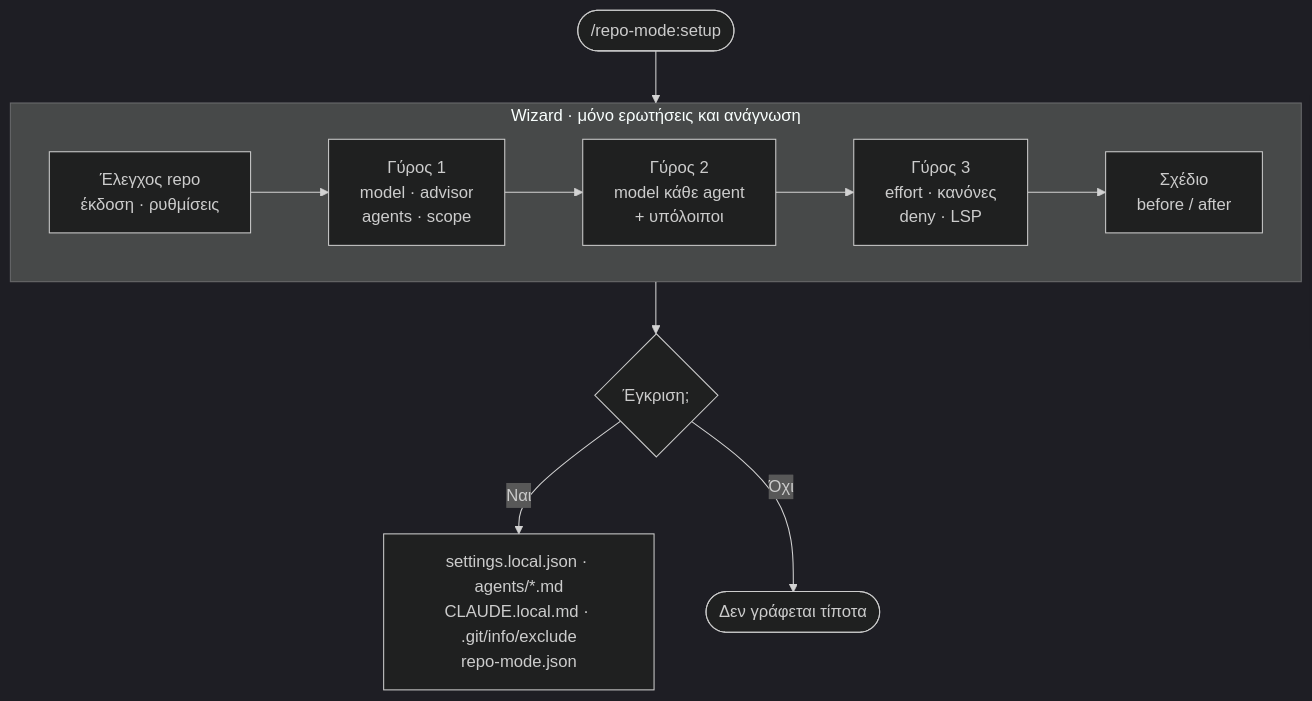
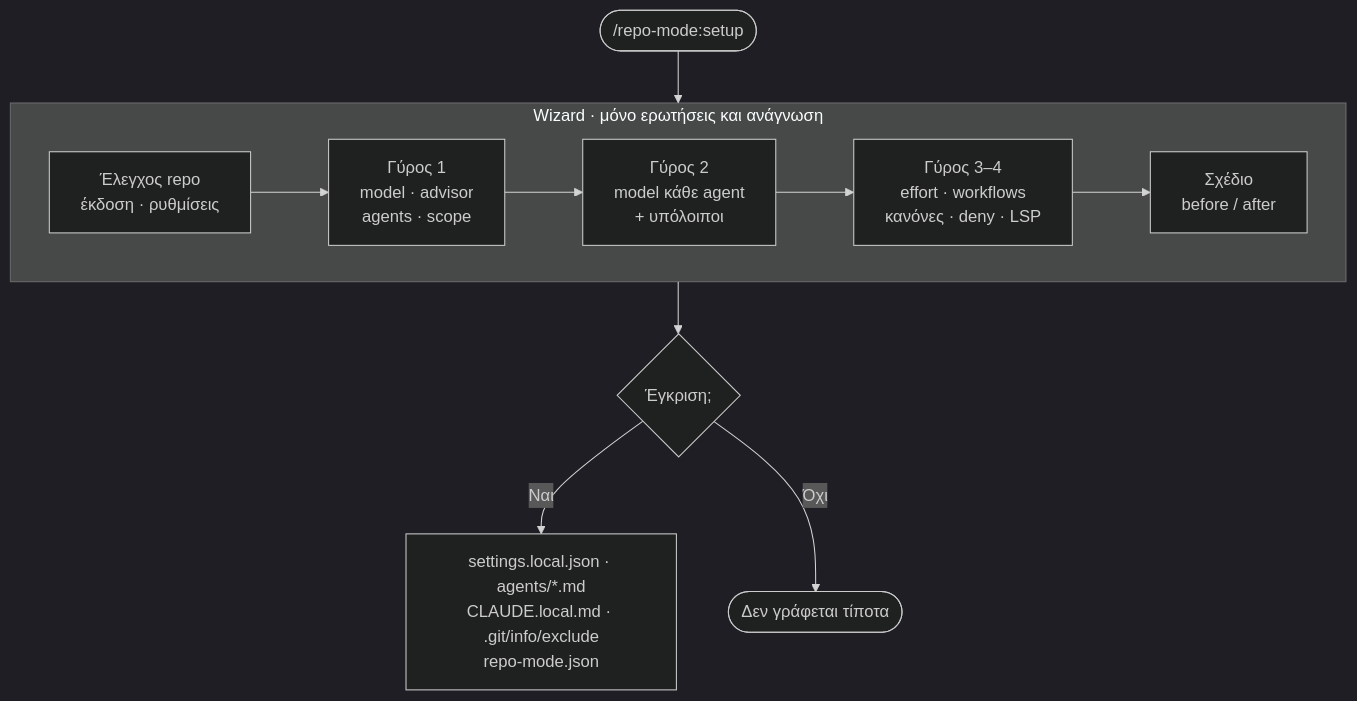
Before and after one commit to kniko/claude-plugins: the second of 2 diagrams in plugins/repo-mode/README.md, drawn with Mermaid (dark theme). The commit also changed other lines of this file and 6 other files, not shown here.

Commit message:
repo-mode 1.2.0: workflow size setting, optional fix-loop stop rule, workflow agents model, ultracode notes

````diff
--- a/plugins/repo-mode/README.md
+++ b/plugins/repo-mode/README.md
@@ -70,11 +71,11 @@
 ```mermaid
 flowchart TD
     S(["/repo-mode:setup"]) --> WZ
     subgraph WZ ["Wizard · μόνο ερωτήσεις και ανάγνωση"]
         direction LR
-        W0["Έλεγχος repo<br/>έκδοση · ρυθμίσεις"] --> W1["Γύρος 1<br/>model · advisor<br/>agents · scope"] --> W2["Γύρος 2<br/>model κάθε agent<br/>+ υπόλοιποι"] --> W3["Γύρος 3<br/>effort · κανόνες<br/>deny · LSP"] --> W4["Σχέδιο<br/>before / after"]
+        W0["Έλεγχος repo<br/>έκδοση · ρυθμίσεις"] --> W1["Γύρος 1<br/>model · advisor<br/>agents · scope"] --> W2["Γύρος 2<br/>model κάθε agent<br/>+ υπόλοιποι"] --> W3["Γύρος 3–4<br/>effort · workflows<br/>κανόνες · deny · LSP"] --> W4["Σχέδιο<br/>before / after"]
     end
     WZ --> Q{"Έγκριση;"}
     Q -->|"Ναι"| F["settings.local.json · agents/*.md<br/>CLAUDE.local.md · .git/info/exclude<br/>repo-mode.json"]
     Q -->|"Όχι"| X(["Δεν γράφεται τίποτα"])
 ```
````
